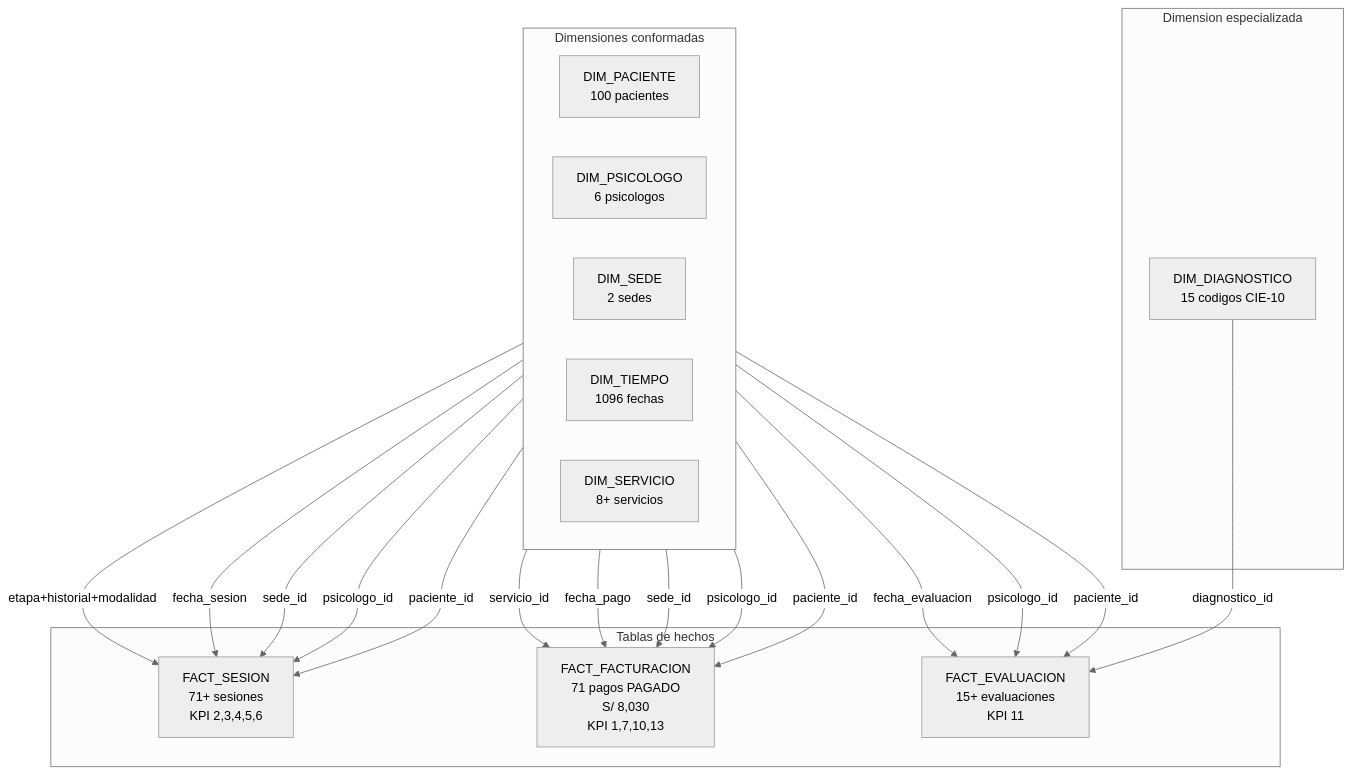
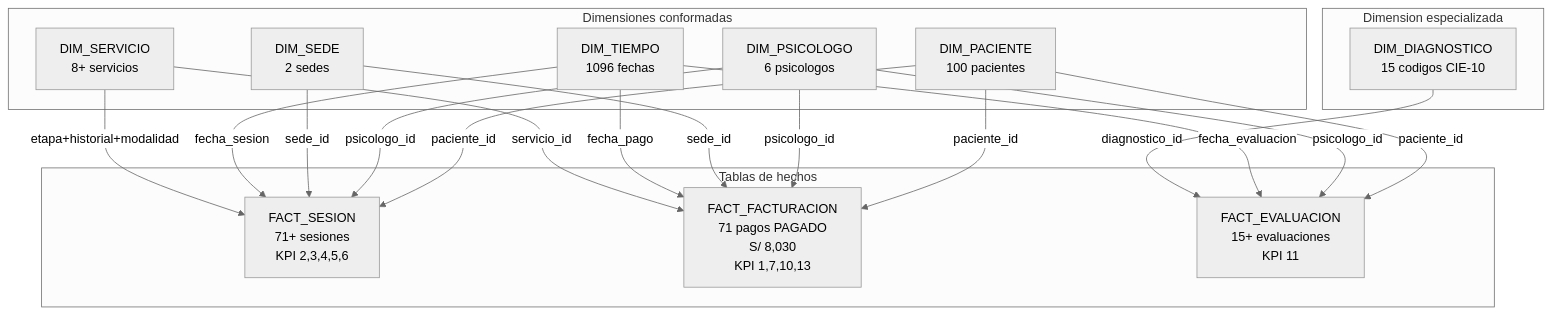
Before and after one commit to ClaudioB12/CentroPsicologico-BI: the diagram in docs/informe/08_datamart.md, drawn with Mermaid (neutral theme). The commit also changed 6 other files, not shown here.

Commit message:
Corrige diagramas Mermaid: reemplaza flowchart LR y direction LR por flowchart TD vertical en todos los archivos - pipeline arquitectura ahora muestra capas apiladas verticalmente

````diff
--- a/docs/informe/08_datamart.md
+++ b/docs/informe/08_datamart.md
@@ -19,36 +19,36 @@
 ```mermaid
 flowchart TD
   subgraph DIMS["Dimensiones conformadas"]
-    direction LR
+
     DP[DIM_PACIENTE\n100 pacientes]
     DPS[DIM_PSICOLOGO\n6 psicologos]
     DS[DIM_SEDE\n2 sedes]
     DT[DIM_TIEMPO\n1096 fechas]
     DSV[DIM_SERVICIO\n8+ servicios]
   end
 
   subgraph SPEC["Dimension especializada"]
     DD[DIM_DIAGNOSTICO\n15 codigos CIE-10]
   end
 
   subgraph FACTS["Tablas de hechos"]
     FS["FACT_SESION\n71+ sesiones\nKPI 2,3,4,5,6"]
     FF["FACT_FACTURACION\n71 pagos PAGADO\nS/ 8,030\nKPI 1,7,10,13"]
     FE["FACT_EVALUACION\n15+ evaluaciones\nKPI 11"]
   end
 
   DP  -->|paciente_id| FS
   DP  -->|paciente_id| FF
   DP  -->|paciente_id| FE
   DPS -->|psicologo_id| FS
   DPS -->|psicologo_id| FF
   DPS -->|psicologo_id| FE
   DS  -->|sede_id| FS
   DS  -->|sede_id| FF
   DT  -->|fecha_sesion| FS
   DT  -->|fecha_pago| FF
   DT  -->|fecha_evaluacion| FE
   DSV -->|etapa+historial+modalidad| FS
   DSV -->|servicio_id| FF
   DD  -->|diagnostico_id| FE
 ```
````
